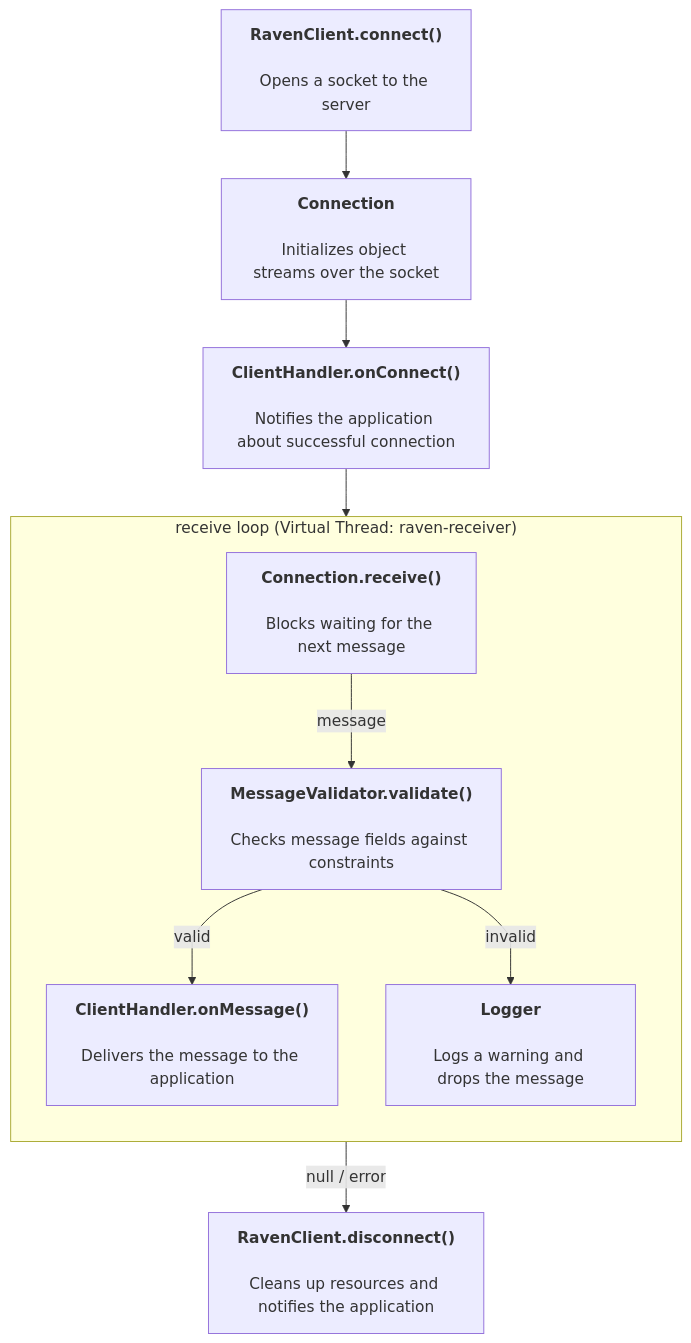
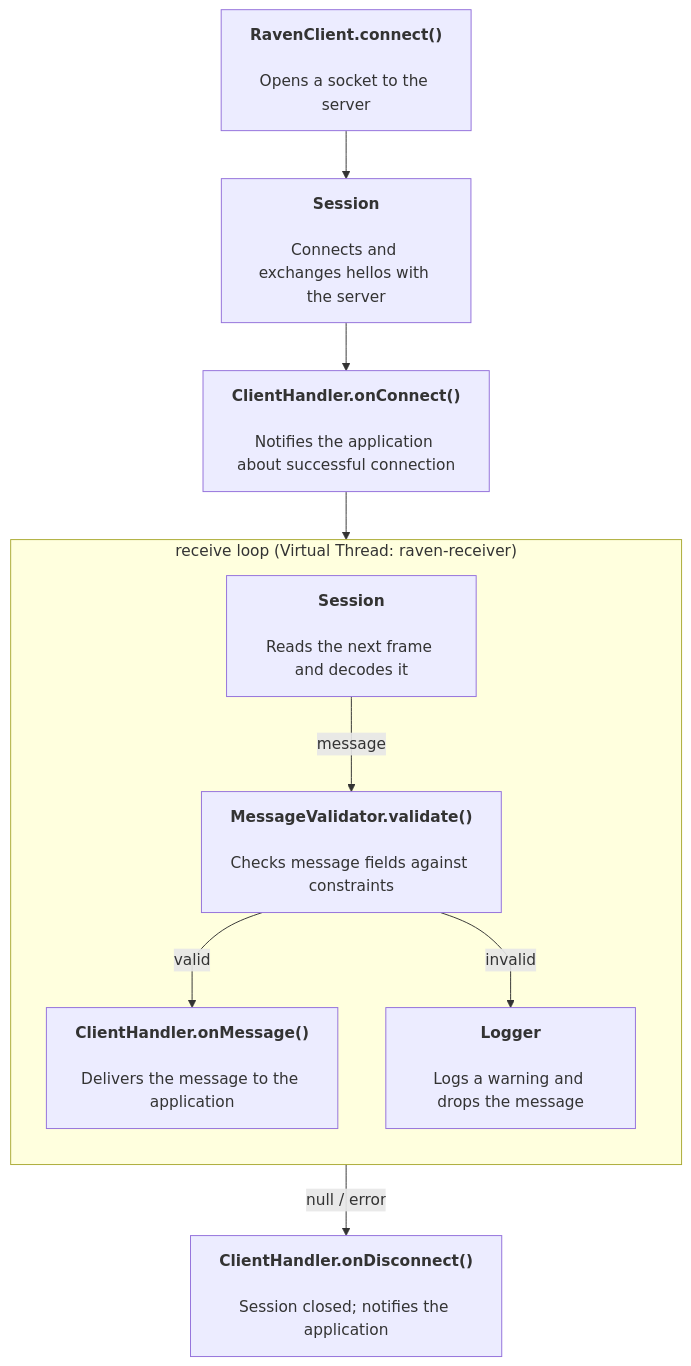
One commit to Trimax/raven changed the second of 3 diagrams in README.md. Above: the diagram before and after it, drawn with Mermaid. The commit also changed other lines of this file and 119 other files, not shown here.

````diff
--- a/README.md
+++ b/README.md
@@ -393,28 +478,28 @@
 ```mermaid
 ---
 config:
   flowchart:
     curve: monotoneX
 ---
 flowchart TD
     A["<b>RavenClient.connect()</b><br/><br/>Opens a socket to the server"]
-    B["<b>Connection</b><br/><br/>Initializes object streams over the socket"]
+    B["<b>Session</b><br/><br/>Connects and exchanges hellos with the server"]
     C["<b>ClientHandler.onConnect()</b><br/><br/>Notifies the application about successful connection"]
 
     A --> B --> C
 
     subgraph loop ["receive loop (Virtual Thread: raven-receiver)"]
         direction TB
-        E["<b>Connection.receive()</b><br/><br/>Blocks waiting for the next message"]
+        E["<b>Session</b><br/><br/>Reads the next frame and decodes it"]
         F["<b>MessageValidator.validate()</b><br/><br/>Checks message fields against constraints"]
         G["<b>ClientHandler.onMessage()</b><br/><br/>Delivers the message to the application"]
         H["<b>Logger</b><br/><br/>Logs a warning and drops the message"]
 
         E -->|message| F
         F -->|valid| G
         F -->|invalid| H
     end
 
     C --> loop
-    E -->|null / error| I["<b>RavenClient.disconnect()</b><br/><br/>Cleans up resources and notifies the application"]
+    E -->|null / error| I["<b>ClientHandler.onDisconnect()</b><br/><br/>Session closed; notifies the application"]
 ```
````
